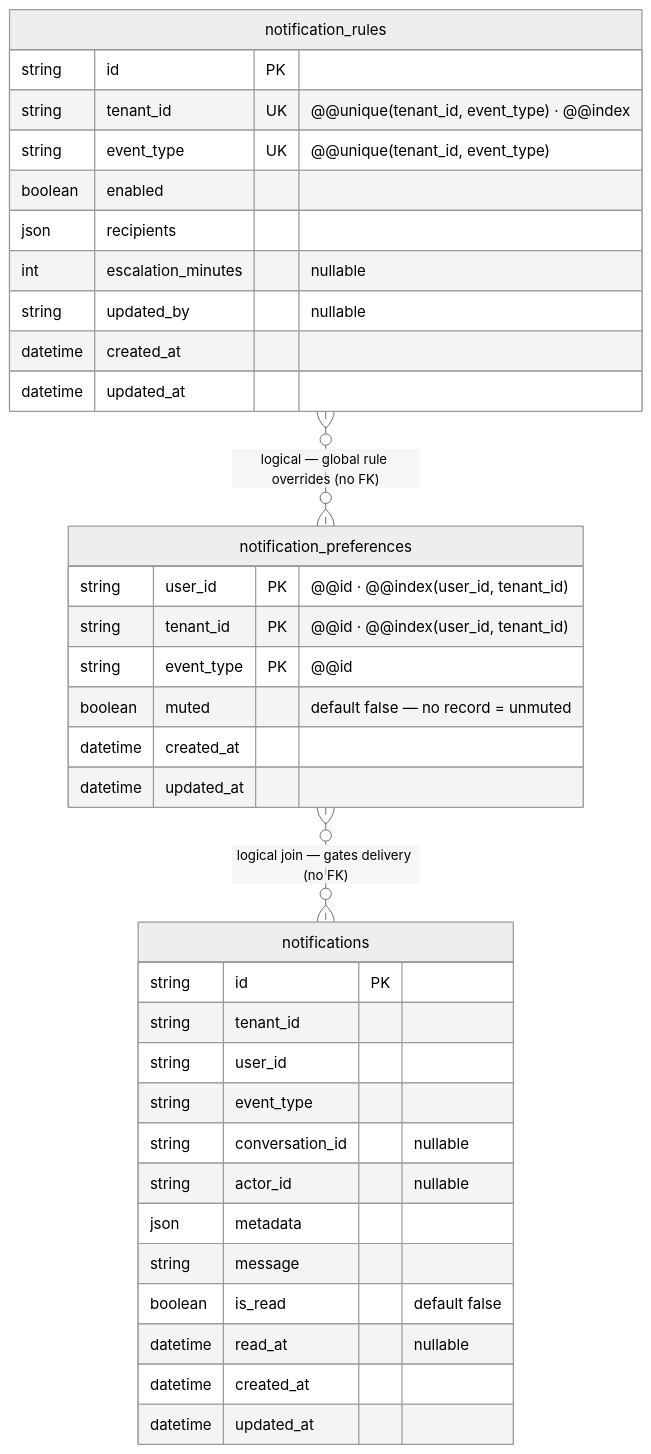
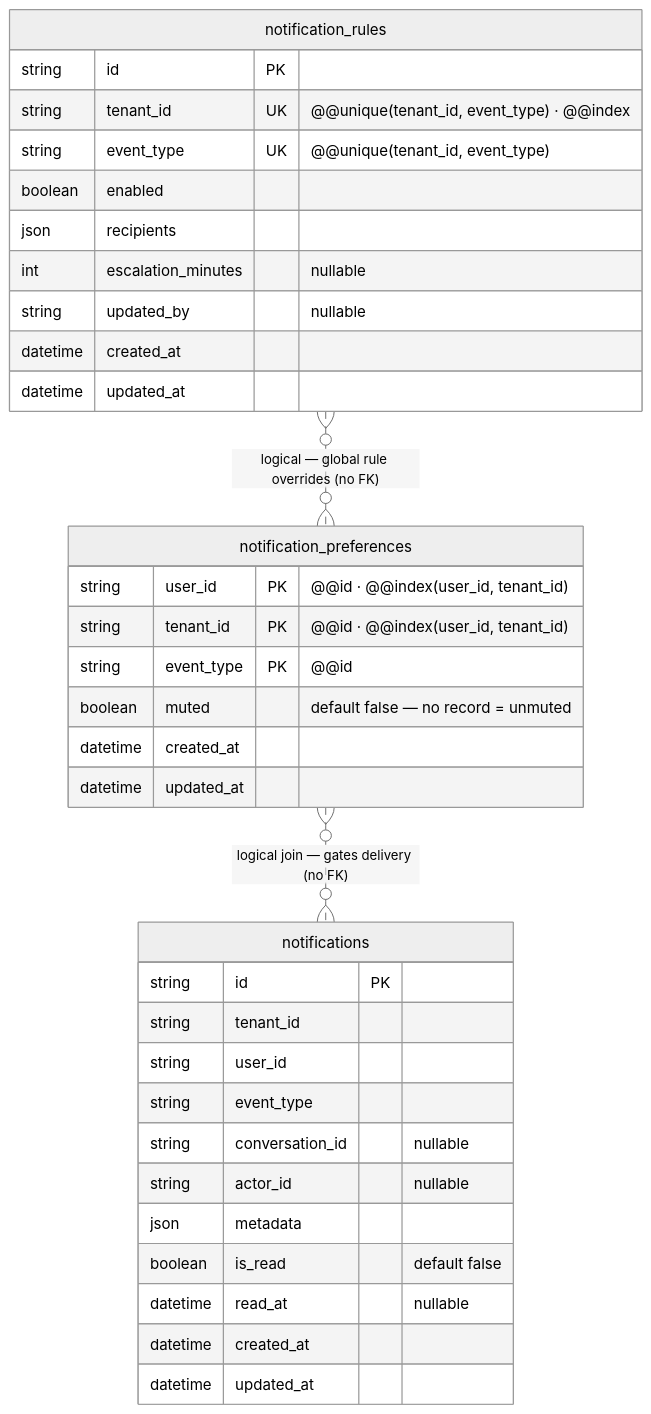
One commit to Peerapatfc/ACE-Planning changed the diagram in Omnichat/EPIC-ACE-1943/Diagram/NOTIF-05_personal_preferences_er.md. Above: the diagram before and after it, drawn with Mermaid (neutral theme). The commit also changed other lines of this file and 3 other files, not shown here.

````diff
--- a/Omnichat/EPIC-ACE-1943/Diagram/NOTIF-05_personal_preferences_er.md
+++ b/Omnichat/EPIC-ACE-1943/Diagram/NOTIF-05_personal_preferences_er.md
@@ -3,45 +3,44 @@
 ```mermaid
 erDiagram
 
   %% 🆕 NEW (NOTIF-05) — table นี้สร้างใหม่ใน story นี้
   notification_preferences {
     string   user_id     PK  "@@id · @@index(user_id, tenant_id)"
     string   tenant_id   PK  "@@id · @@index(user_id, tenant_id)"
     string   event_type  PK  "@@id"
     boolean  muted           "default false — no record = unmuted"
     datetime created_at
     datetime updated_at
   }
 
   %% ♻️ EXISTING (NOTIF-04) — มีอยู่แล้ว ไม่แก้ — ใช้เช็ค global rule
   notification_rules {
     string   id                 PK
     string   tenant_id          UK  "@@unique(tenant_id, event_type) · @@index"
     string   event_type         UK  "@@unique(tenant_id, event_type)"
     boolean  enabled
     json     recipients
     int      escalation_minutes    "nullable"
     string   updated_by            "nullable"
     datetime created_at
     datetime updated_at
   }
 
   %% ♻️ EXISTING (NOTIF-01) — มีอยู่แล้ว ไม่แก้ — ปลายทางที่ delivery gate เขียน row
   notifications {
     string   id              PK
     string   tenant_id
     string   user_id
     string   event_type
     string   conversation_id    "nullable"
     string   actor_id           "nullable"
     json     metadata
-    string   message
     boolean  is_read            "default false"
     datetime read_at            "nullable"
     datetime created_at
     datetime updated_at
   }
 
   notification_preferences }o..o{ notifications : "logical join — gates delivery (no FK)"
   notification_rules       }o..o{ notification_preferences : "logical — global rule overrides (no FK)"
 ```
````
